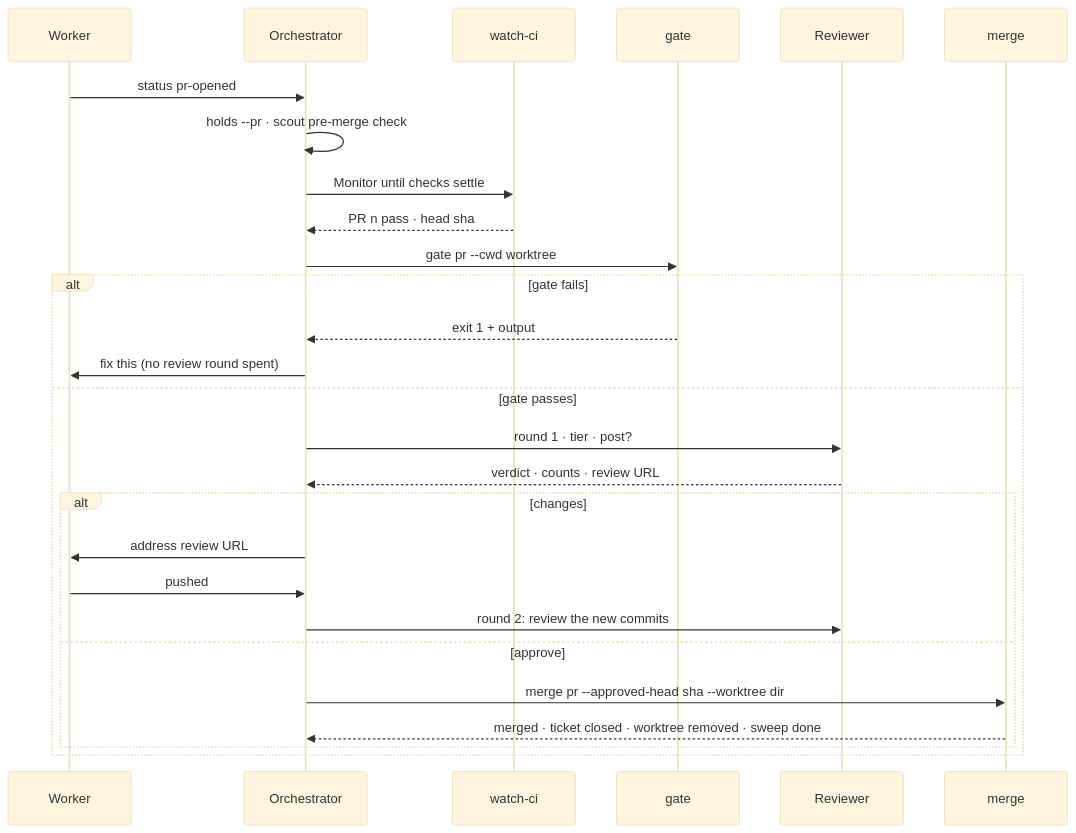
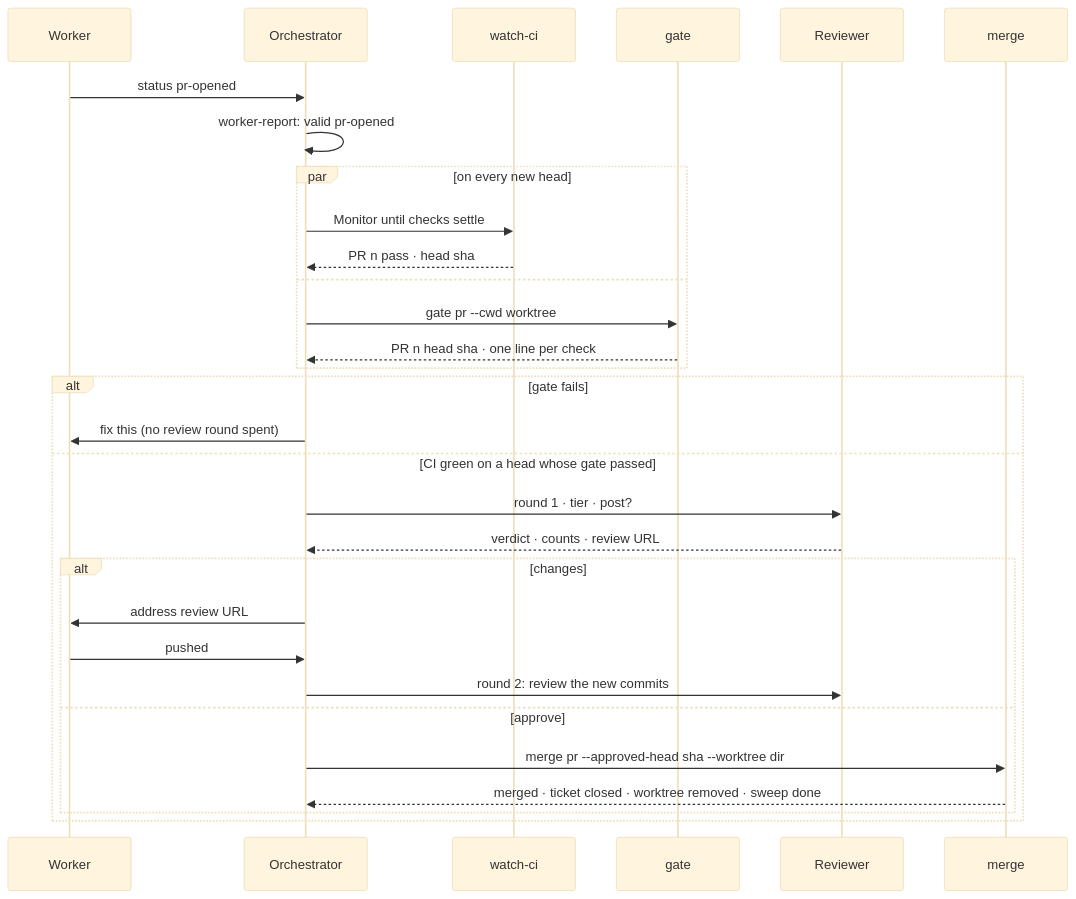
One commit to shrujancheruku/claude-orchestrate changed the fourth of 4 diagrams in README.md. Above: the diagram before and after it, drawn with Mermaid (base theme). The commit also changed other lines of this file, not shown here.

First line of the commit message:
docs(readme): describe claims, worker-report and the merged gate; drop worker-live

````diff
--- a/README.md
+++ b/README.md
@@ -204,29 +206,32 @@
 ```mermaid
 sequenceDiagram
     participant W as Worker
     participant O as Orchestrator
     participant CI as watch-ci
     participant G as gate
     participant R as Reviewer
     participant M as merge
     W->>O: status pr-opened
-    O->>O: holds --pr · scout pre-merge check
-    O->>CI: Monitor until checks settle
-    CI-->>O: PR n pass · head sha
-    O->>G: gate pr --cwd worktree
+    O->>O: worker-report: valid pr-opened
+    par on every new head
+        O->>CI: Monitor until checks settle
+        CI-->>O: PR n pass · head sha
+    and
+        O->>G: gate pr --cwd worktree
+        G-->>O: PR n head sha · one line per check
+    end
     alt gate fails
-        G-->>O: exit 1 + output
         O->>W: fix this (no review round spent)
-    else gate passes
+    else CI green on a head whose gate passed
         O->>R: round 1 · tier · post?
         R-->>O: verdict · counts · review URL
         alt changes
             O->>W: address review URL
             W->>O: pushed
             O->>R: round 2: review the new commits
         else approve
             O->>M: merge pr --approved-head sha --worktree dir
             M-->>O: merged · ticket closed · worktree removed · sweep done
         end
     end
 ```
````
